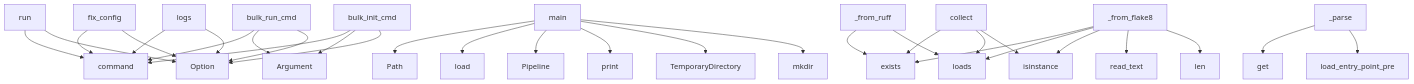
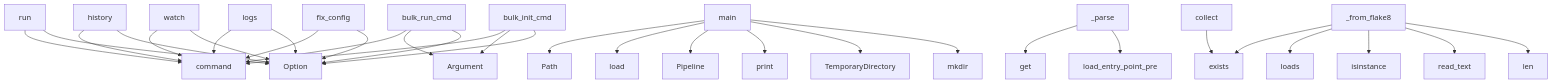
One commit to semcod/pyqual changed the diagram in project/context.md. Above: the diagram before and after it, drawn with Mermaid. The commit also changed other lines of this file and 36 other files, not shown here.

````diff
--- a/project/context.md
+++ b/project/context.md
@@ -506,33 +516,33 @@
 ```mermaid
 graph TD
     run --> command
     run --> Option
+    history --> command
+    history --> Option
+    watch --> command
+    watch --> Option
     bulk_run_cmd --> command
     bulk_run_cmd --> Argument
     bulk_run_cmd --> Option
+    logs --> command
+    logs --> Option
     fix_config --> command
     fix_config --> Option
-    logs --> command
-    logs --> Option
     bulk_init_cmd --> command
     bulk_init_cmd --> Argument
     bulk_init_cmd --> Option
     main --> Path
     main --> load
     main --> Pipeline
     main --> print
     main --> TemporaryDirectory
     main --> mkdir
+    _parse --> get
+    _parse --> load_entry_point_pre
     _from_flake8 --> exists
     _from_flake8 --> loads
     _from_flake8 --> isinstance
     _from_flake8 --> read_text
     _from_flake8 --> len
-    _parse --> get
-    _parse --> load_entry_point_pre
     collect --> exists
-    collect --> loads
-    collect --> isinstance
-    _from_ruff --> exists
-    _from_ruff --> loads
 ```
````
